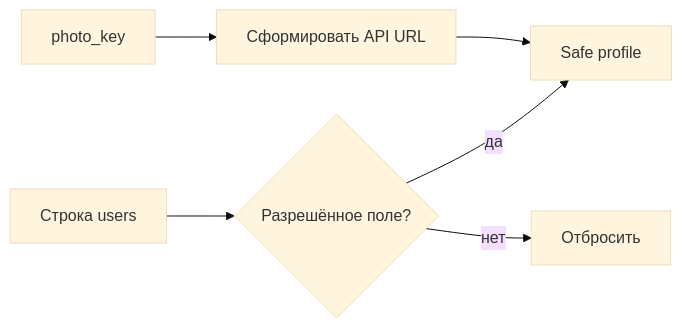
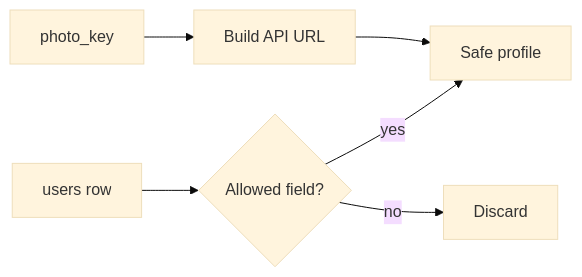
Before and after one commit to pavel-skripko-innowise/inno-fe-be-a1: the third of 3 diagrams in courses-content/backend/A/1/en/2.1.4 Просмотр данных пользователя.md, drawn with Mermaid (base theme). The commit also changed other lines of this file and 35 other files, not shown here.

````diff
--- a/courses-content/backend/A/1/en/2.1.4 Просмотр данных пользователя.md
+++ b/courses-content/backend/A/1/en/2.1.4 Просмотр данных пользователя.md
@@ -78,8 +78,8 @@
 ```mermaid
 flowchart LR
-  U[Строка users] --> W{Разрешённое поле?}
-  W -- да --> S[Safe profile]
-  W -- нет --> X[Отбросить]
-  K[photo_key] --> G[Сформировать API URL]
+  U[users row] --> W{Allowed field?}
+  W -- yes --> S[Safe profile]
+  W -- no --> X[Discard]
+  K[photo_key] --> G[Build API URL]
   G --> S
 ```
````
